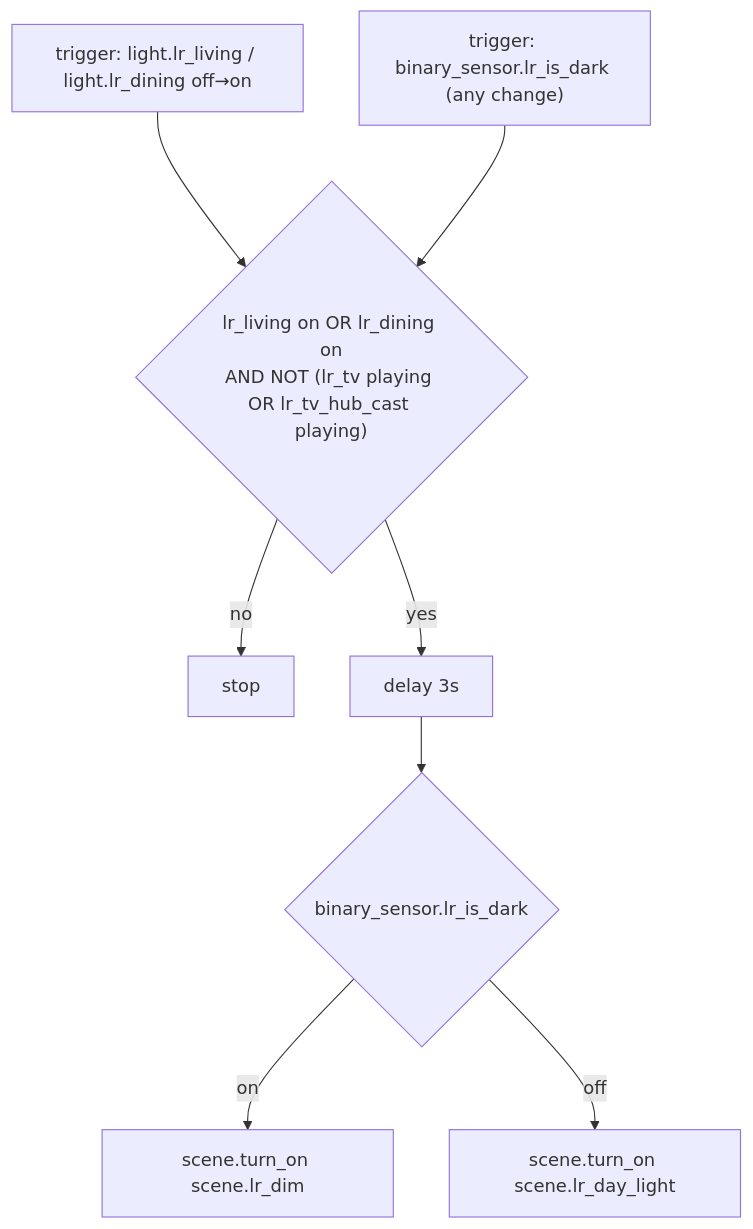
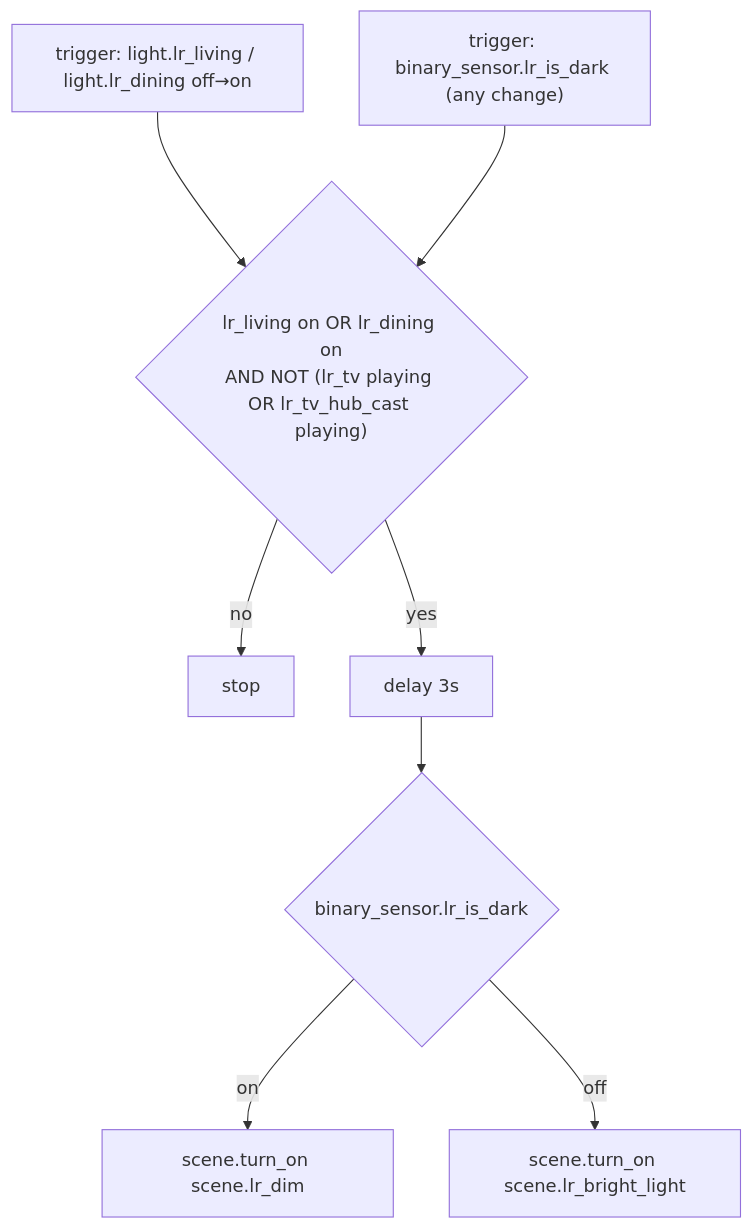
Before and after one commit to nerami/terminus-config: the first of 2 diagrams in docs/automations/living_room.md, drawn with Mermaid. The commit also changed other lines of this file and 15 other files, not shown here.

First line of the commit message:
fix+refactor: TV/lamp schedule conflict, doc cleanup, Day Light/low_light rename

````diff
--- a/docs/automations/living_room.md
+++ b/docs/automations/living_room.md
@@ -14,13 +14,13 @@
 ```mermaid
 flowchart TD
     T1["trigger: light.lr_living / light.lr_dining off→on"]
     T2["trigger: binary_sensor.lr_is_dark (any change)"]
     T1 --> C
     T2 --> C
     C{"lr_living on OR lr_dining on\nAND NOT (lr_tv playing OR lr_tv_hub_cast playing)"}
     C -- no --> X["stop"]
     C -- yes --> D["delay 3s"]
     D --> S{"binary_sensor.lr_is_dark"}
     S -- on --> DIM["scene.turn_on scene.lr_dim"]
-    S -- off --> DAY["scene.turn_on scene.lr_day_light"]
+    S -- off --> DAY["scene.turn_on scene.lr_bright_light"]
 ```
````
